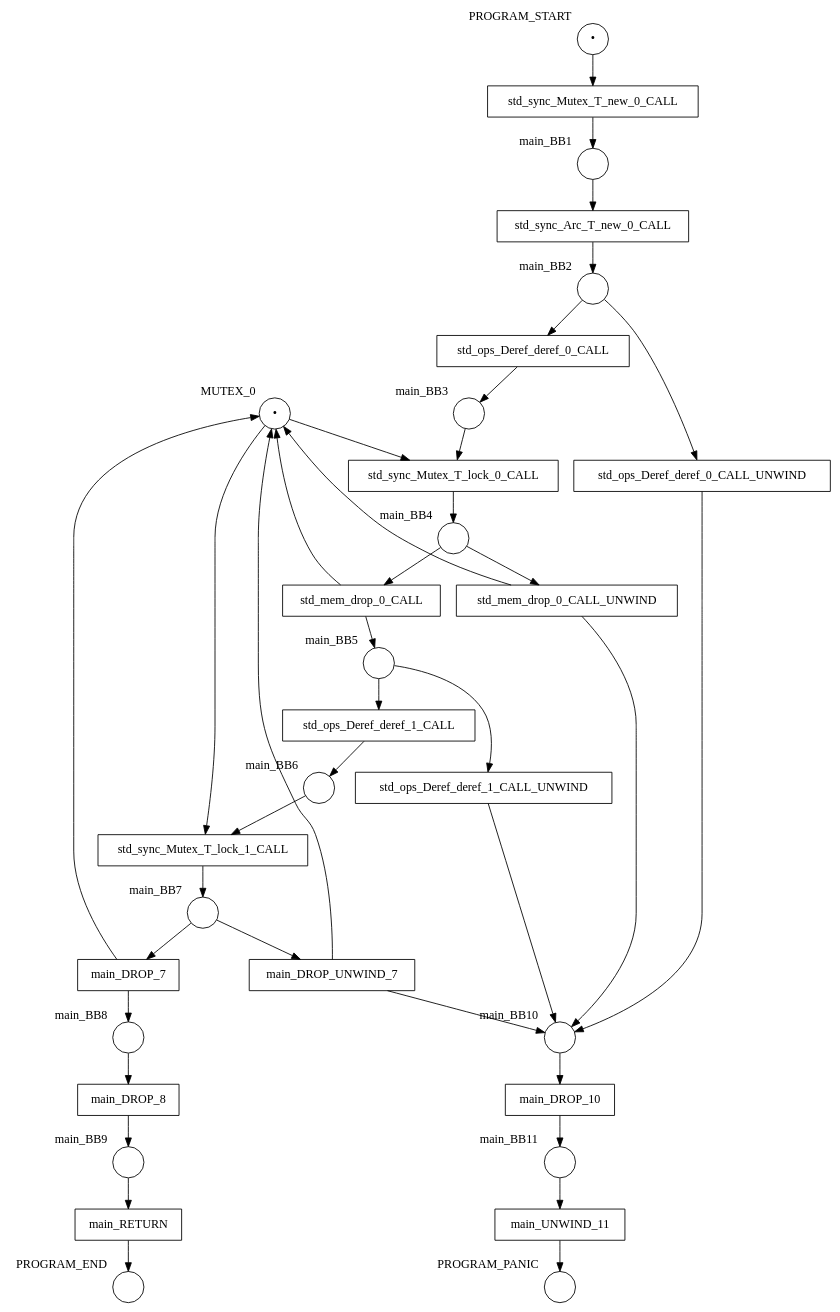
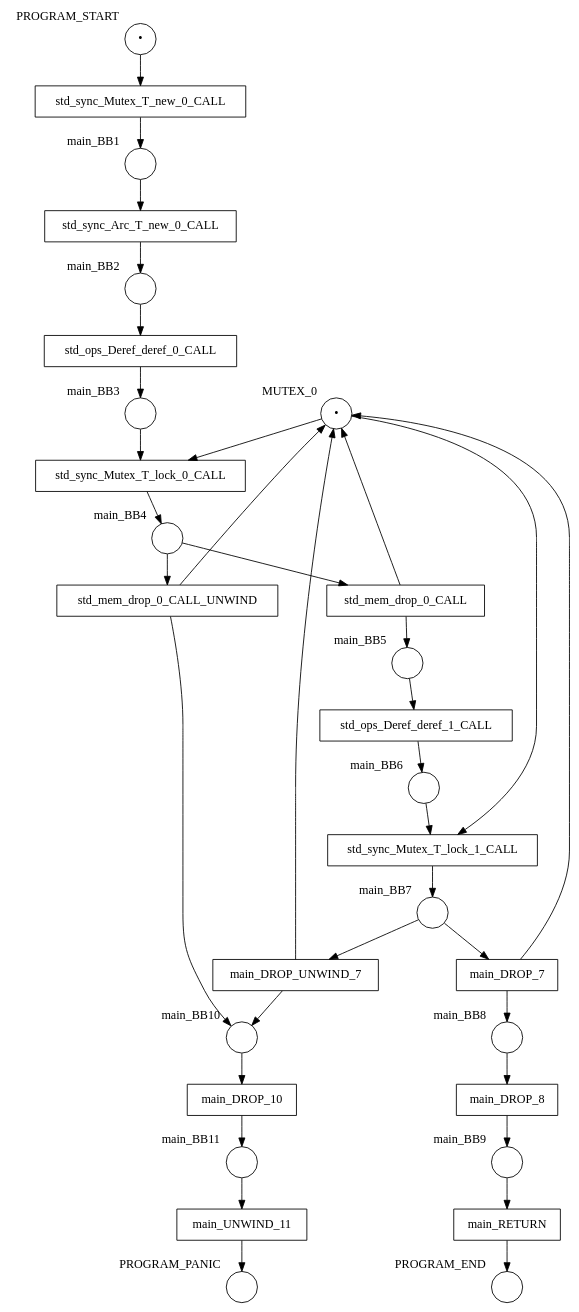
Before and after one commit to hlisdero/cargo-check-deadlock: the diagram in examples/results/mutex/drop_mutex_guard_in_arc_manually/net.dot, drawn with Graphviz. The commit also changed 22 other files, not shown here.

```diff
--- a/examples/results/mutex/drop_mutex_guard_in_arc_manually/net.dot
+++ b/examples/results/mutex/drop_mutex_guard_in_arc_manually/net.dot
@@ -1,71 +1,65 @@
 digraph petrinet {
     MUTEX_0 [shape="circle" xlabel="MUTEX_0" label="•"];
     PROGRAM_END [shape="circle" xlabel="PROGRAM_END" label=""];
     PROGRAM_PANIC [shape="circle" xlabel="PROGRAM_PANIC" label=""];
     PROGRAM_START [shape="circle" xlabel="PROGRAM_START" label="•"];
     main_BB1 [shape="circle" xlabel="main_BB1" label=""];
     main_BB10 [shape="circle" xlabel="main_BB10" label=""];
     main_BB11 [shape="circle" xlabel="main_BB11" label=""];
     main_BB2 [shape="circle" xlabel="main_BB2" label=""];
     main_BB3 [shape="circle" xlabel="main_BB3" label=""];
     main_BB4 [shape="circle" xlabel="main_BB4" label=""];
     main_BB5 [shape="circle" xlabel="main_BB5" label=""];
     main_BB6 [shape="circle" xlabel="main_BB6" label=""];
     main_BB7 [shape="circle" xlabel="main_BB7" label=""];
     main_BB8 [shape="circle" xlabel="main_BB8" label=""];
     main_BB9 [shape="circle" xlabel="main_BB9" label=""];
     main_DROP_10 [shape="box" xlabel="" label="main_DROP_10"];
     main_DROP_7 [shape="box" xlabel="" label="main_DROP_7"];
     main_DROP_8 [shape="box" xlabel="" label="main_DROP_8"];
     main_DROP_UNWIND_7 [shape="box" xlabel="" label="main_DROP_UNWIND_7"];
     main_RETURN [shape="box" xlabel="" label="main_RETURN"];
     main_UNWIND_11 [shape="box" xlabel="" label="main_UNWIND_11"];
     std_mem_drop_0_CALL [shape="box" xlabel="" label="std_mem_drop_0_CALL"];
     std_mem_drop_0_CALL_UNWIND [shape="box" xlabel="" label="std_mem_drop_0_CALL_UNWIND"];
     std_ops_Deref_deref_0_CALL [shape="box" xlabel="" label="std_ops_Deref_deref_0_CALL"];
-    std_ops_Deref_deref_0_CALL_UNWIND [shape="box" xlabel="" label="std_ops_Deref_deref_0_CALL_UNWIND"];
     std_ops_Deref_deref_1_CALL [shape="box" xlabel="" label="std_ops_Deref_deref_1_CALL"];
-    std_ops_Deref_deref_1_CALL_UNWIND [shape="box" xlabel="" label="std_ops_Deref_deref_1_CALL_UNWIND"];
     std_sync_Arc_T_new_0_CALL [shape="box" xlabel="" label="std_sync_Arc_T_new_0_CALL"];
     std_sync_Mutex_T_lock_0_CALL [shape="box" xlabel="" label="std_sync_Mutex_T_lock_0_CALL"];
     std_sync_Mutex_T_lock_1_CALL [shape="box" xlabel="" label="std_sync_Mutex_T_lock_1_CALL"];
     std_sync_Mutex_T_new_0_CALL [shape="box" xlabel="" label="std_sync_Mutex_T_new_0_CALL"];
     MUTEX_0 -> std_sync_Mutex_T_lock_0_CALL;
     MUTEX_0 -> std_sync_Mutex_T_lock_1_CALL;
     PROGRAM_START -> std_sync_Mutex_T_new_0_CALL;
     main_BB1 -> std_sync_Arc_T_new_0_CALL;
     main_BB10 -> main_DROP_10;
     main_BB11 -> main_UNWIND_11;
     main_BB2 -> std_ops_Deref_deref_0_CALL;
-    main_BB2 -> std_ops_Deref_deref_0_CALL_UNWIND;
     main_BB3 -> std_sync_Mutex_T_lock_0_CALL;
     main_BB4 -> std_mem_drop_0_CALL;
     main_BB4 -> std_mem_drop_0_CALL_UNWIND;
     main_BB5 -> std_ops_Deref_deref_1_CALL;
-    main_BB5 -> std_ops_Deref_deref_1_CALL_UNWIND;
     main_BB6 -> std_sync_Mutex_T_lock_1_CALL;
     main_BB7 -> main_DROP_7;
     main_BB7 -> main_DROP_UNWIND_7;
     main_BB8 -> main_DROP_8;
     main_BB9 -> main_RETURN;
     main_DROP_10 -> main_BB11;
     main_DROP_7 -> MUTEX_0;
     main_DROP_7 -> main_BB8;
     main_DROP_8 -> main_BB9;
     main_DROP_UNWIND_7 -> MUTEX_0;
     main_DROP_UNWIND_7 -> main_BB10;
     main_RETURN -> PROGRAM_END;
     main_UNWIND_11 -> PROGRAM_PANIC;
     std_mem_drop_0_CALL -> MUTEX_0;
     std_mem_drop_0_CALL -> main_BB5;
     std_mem_drop_0_CALL_UNWIND -> MUTEX_0;
     std_mem_drop_0_CALL_UNWIND -> main_BB10;
     std_ops_Deref_deref_0_CALL -> main_BB3;
-    std_ops_Deref_deref_0_CALL_UNWIND -> main_BB10;
     std_ops_Deref_deref_1_CALL -> main_BB6;
-    std_ops_Deref_deref_1_CALL_UNWIND -> main_BB10;
     std_sync_Arc_T_new_0_CALL -> main_BB2;
     std_sync_Mutex_T_lock_0_CALL -> main_BB4;
     std_sync_Mutex_T_lock_1_CALL -> main_BB7;
     std_sync_Mutex_T_new_0_CALL -> main_BB1;
 }
```
